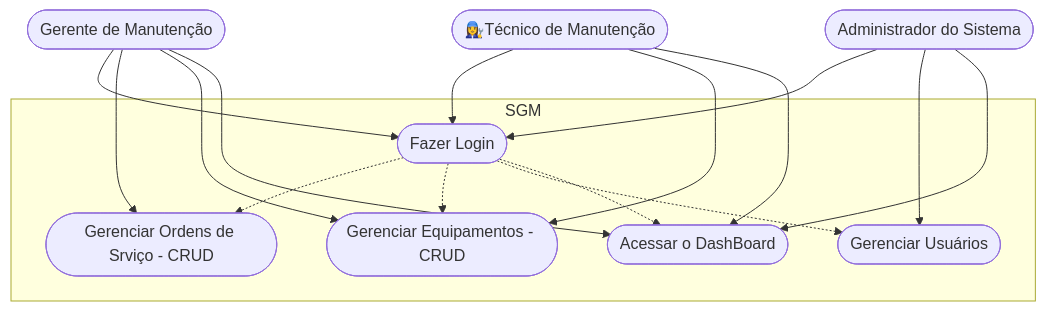
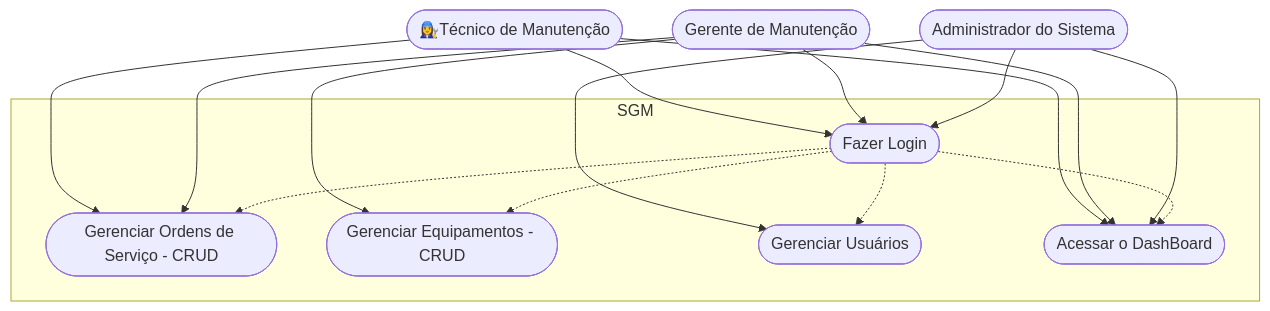
One commit to endrew444/frontEnd changed the second of 2 diagrams in frameworks/Next/formativa-sgm/README.md. Above: the diagram before and after it, drawn with Mermaid.

Commit message:
25/09/25

````diff
--- a/frameworks/Next/formativa-sgm/README.md
+++ b/frameworks/Next/formativa-sgm/README.md
@@ -98,35 +98,35 @@
 ```mermaid
 
 graph TD
 
     subgraph "SGM"
         caso1([Fazer Login])
-        caso2([Gerenciar Ordens de Srviço - CRUD])
+        caso2([Gerenciar Ordens de Serviço - CRUD])
         caso3([Gerenciar Equipamentos - CRUD])
         caso4([Gerenciar Usuários])
         caso5([Acessar o DashBoard])
     end
 
     Tecnico([👩‍🔧Técnico de Manutenção])
     Gerente([Gerente de Manutenção])
     Admin([Administrador do Sistema])
 
     Tecnico --> caso1
-    Tecnico --> caso3
+    Tecnico --> caso2
     Tecnico --> caso5
 
     Gerente --> caso1
     Gerente --> caso2
     Gerente --> caso3
     Gerente --> caso5
 
     Admin --> caso1
     Admin --> caso4
     Admin --> caso5
 
     
     caso1 -.-> caso2
     caso1 -.-> caso3
     caso1 -.-> caso4
     caso1 -.-> caso5
 ```
````
